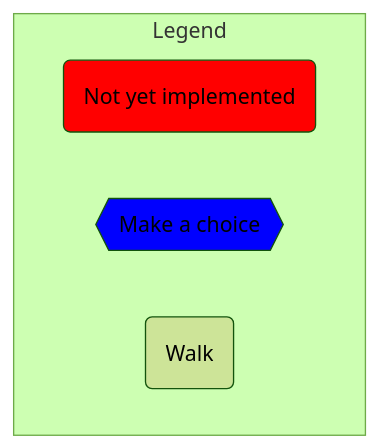
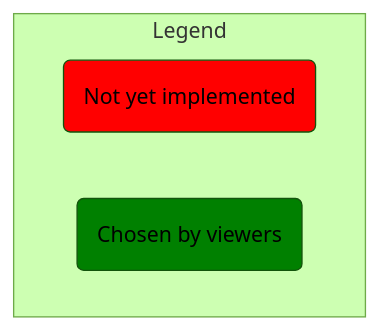
Before and after one commit to vfarcic/cncf-demo: the first of 2 diagrams in README.md, drawn with Mermaid (forest theme). The commit also changed other lines of this file, not shown here.

````diff
--- a/README.md
+++ b/README.md
@@ -23,13 +23,14 @@
 ```mermaid
 flowchart TD
 
     subgraph "Legend"
 
         red(Not yet implemented)
         style red fill:red
         blue{{Make a choice}}
         style blue fill:blue
-        transparent(Walk)
+        blue(Chosen by viewers)
+        style blue fill:green
 
     end
 ```
````
